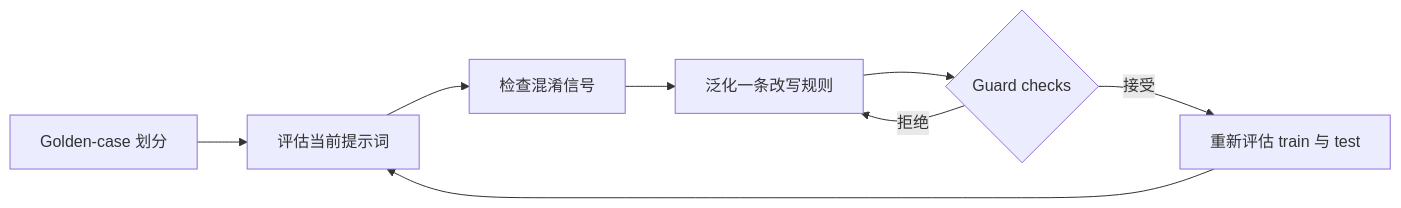
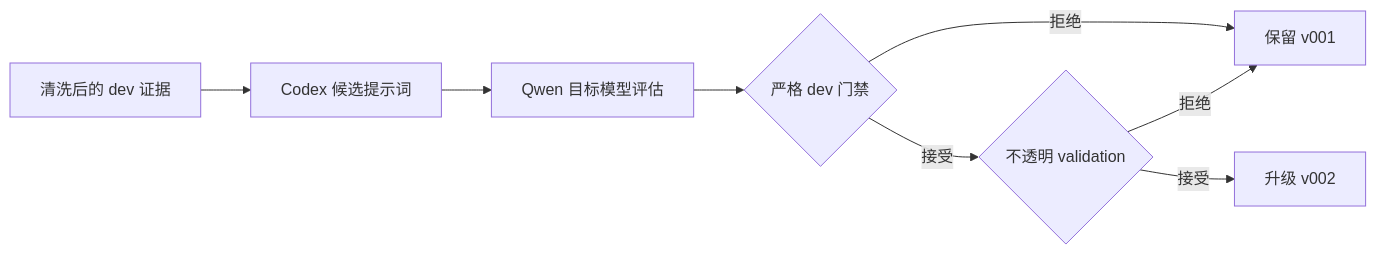
The first of 4 diagrams in README.zh-CN.md (Starryyu77/techjam-shopping-agent-v1), drawn with Mermaid before and after one commit. The commit also changed other lines of this file and 25 other files, not shown here.

````diff
--- a/README.zh-CN.md
+++ b/README.zh-CN.md
@@ -69,10 +72,10 @@
 ```mermaid
 flowchart LR
-    G[Golden-case 划分] --> E[评估当前提示词]
-    E --> C[检查混淆信号]
-    C --> R[泛化一条改写规则]
-    R --> V{Guard checks}
-    V -->|拒绝| R
-    V -->|接受| T[重新评估 train 与 test]
-    T --> E
+    D[清洗后的 dev 证据] --> C[Codex 候选提示词]
+    C --> Q[Qwen 目标模型评估]
+    Q --> G{严格 dev 门禁}
+    G -->|拒绝| X[保留 v001]
+    G -->|接受| V{不透明 validation}
+    V -->|接受| P[升级 v002]
+    V -->|拒绝| X
 ```
````
